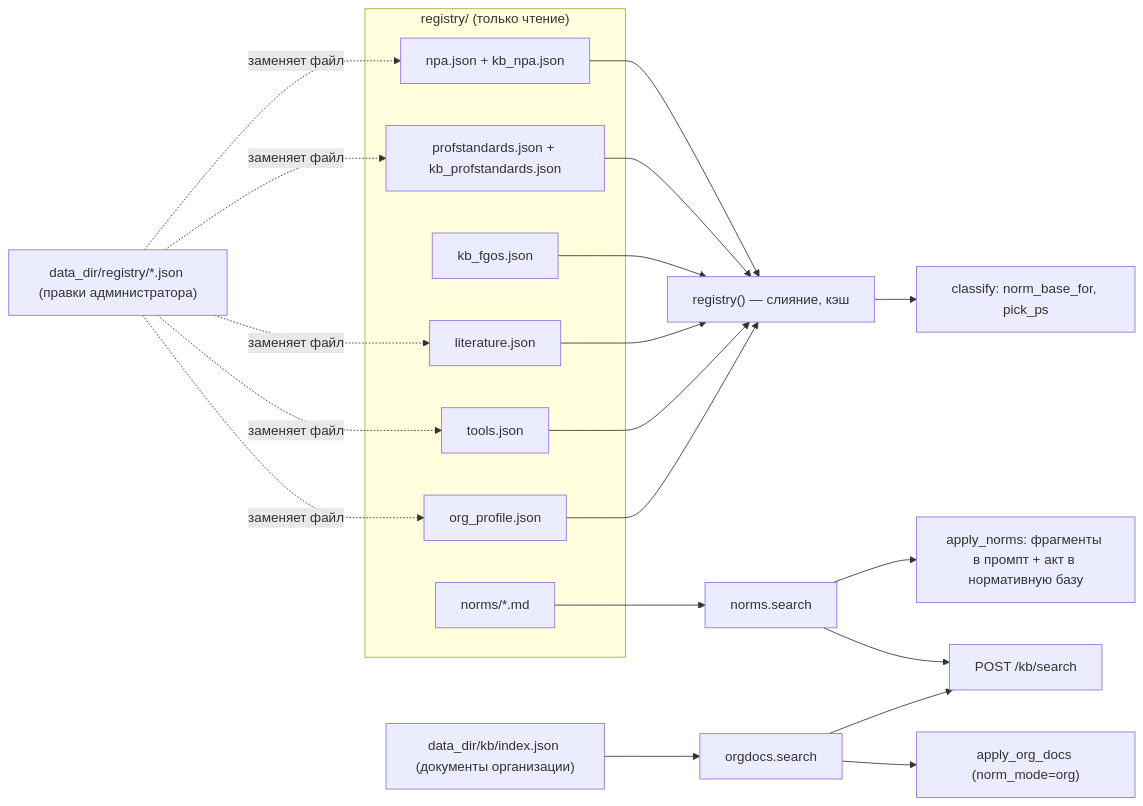
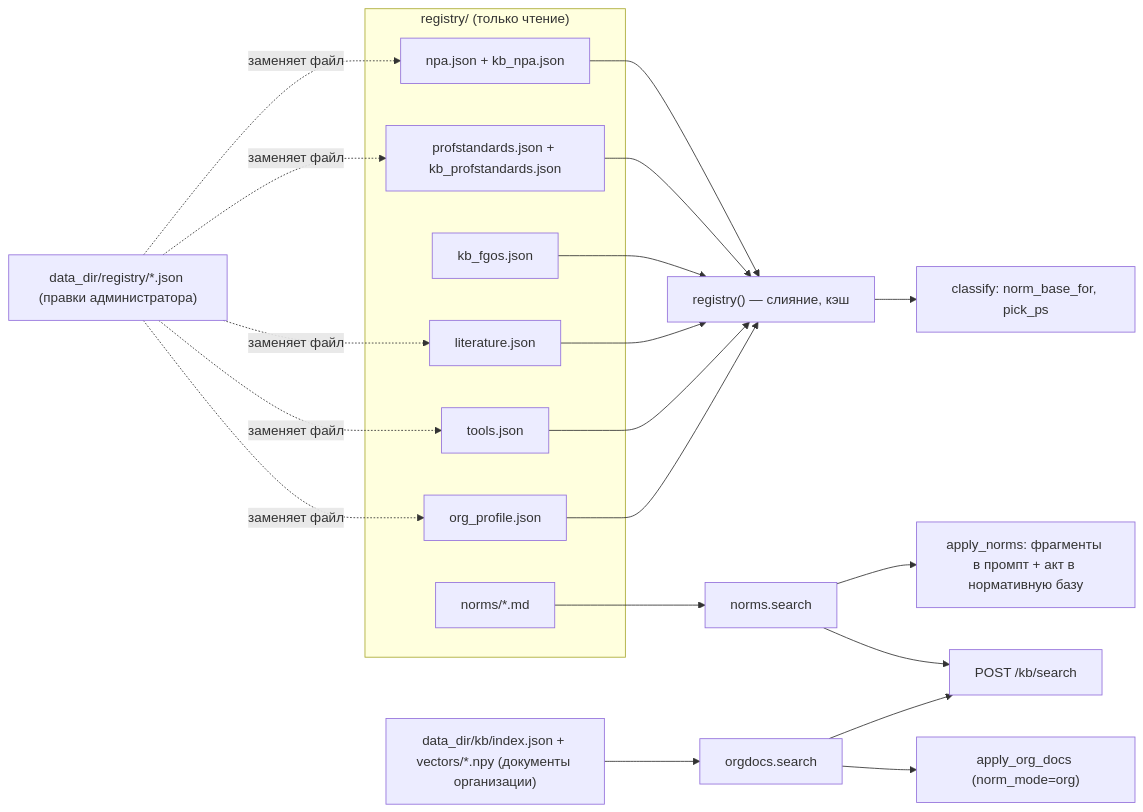
Before and after one commit to Fighter90/methodAgent: the diagram in docs/knowledge-base.md, drawn with Mermaid. The commit also changed other lines of this file and 73 other files, not shown here.

````diff
--- a/docs/knowledge-base.md
+++ b/docs/knowledge-base.md
@@ -7,22 +7,22 @@
 ```mermaid
 flowchart LR
     subgraph Образ["registry/ (только чтение)"]
         NPA[npa.json + kb_npa.json]
         PS[profstandards.json + kb_profstandards.json]
         FG[kb_fgos.json]
         LIT[literature.json]
         TL[tools.json]
         ORG[org_profile.json]
         NR[norms/*.md]
     end
     OV["data_dir/registry/*.json (правки администратора)"]
-    KB["data_dir/kb/index.json (документы организации)"]
+    KB["data_dir/kb/index.json + vectors/*.npy (документы организации)"]
     OV -. заменяет файл .-> NPA & PS & LIT & TL & ORG
     NPA & PS & FG & LIT & TL & ORG --> R["registry() — слияние, кэш"]
     R --> C[classify: norm_base_for, pick_ps]
     NR --> N["norms.search"]
     N --> AN[apply_norms: фрагменты в промпт + акт в нормативную базу]
     KB --> OS["orgdocs.search"]
     OS --> AO["apply_org_docs (norm_mode=org)"]
     N & OS --> S["POST /kb/search"]
 ```
````
